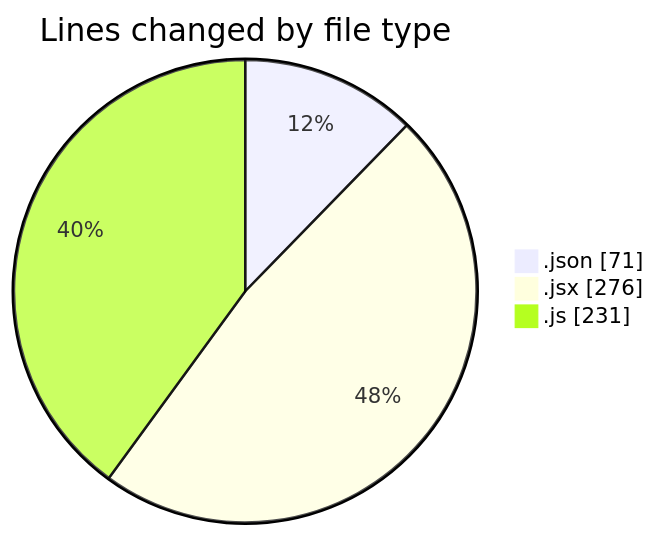
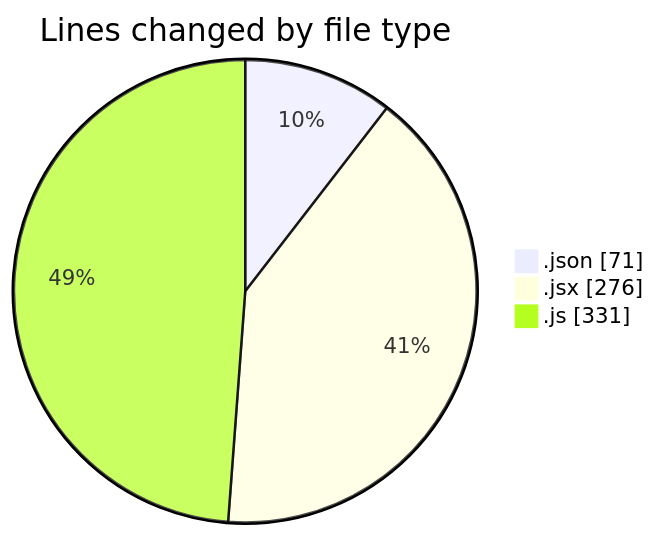
Before and after one commit to momahboobian/code-tracking: the first of 2 diagrams in 2026-03-02/cda/README.md, drawn with Mermaid. The commit also changed other lines of this file and 1 other file, not shown here.

````diff
--- a/2026-03-02/cda/README.md
+++ b/2026-03-02/cda/README.md
@@ -22,7 +22,7 @@
 ```mermaid
 pie showData
 title Lines changed by file type
 ".json" : 71
 ".jsx" : 276
-".js" : 231
+".js" : 331
 ```
````
